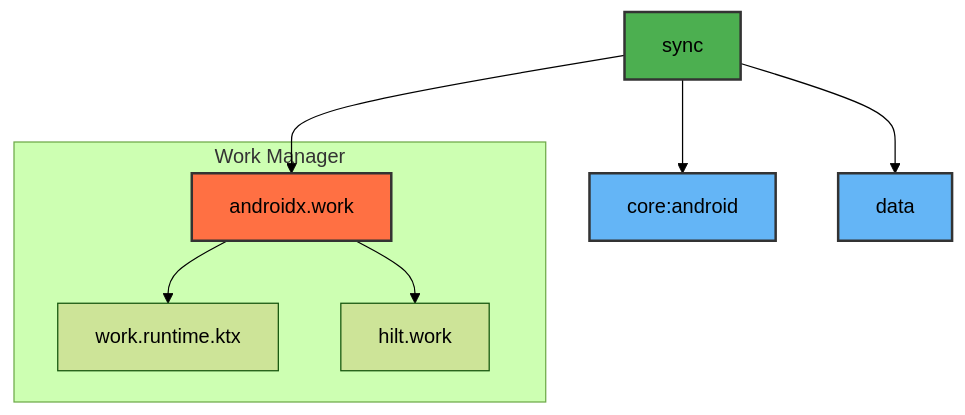
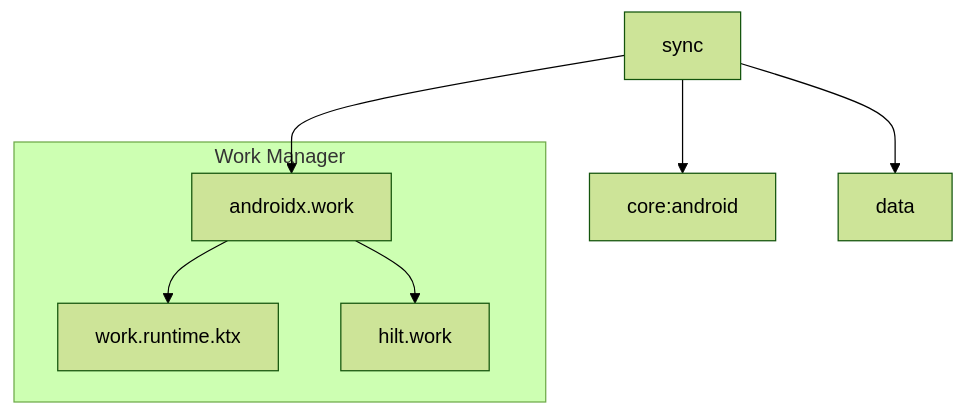
The diagram in sync/README.md (atick-faisal/Jetpack-Android-Starter), drawn with Mermaid (forest theme) before and after one commit. The commit also changed 31 other files, not shown here.

````diff
--- a/sync/README.md
+++ b/sync/README.md
@@ -17,19 +17,14 @@
 ```mermaid
 graph TD
     A[sync] --> B[core:android]
     A --> C[data]
     A --> D[androidx.work]
     D --> E[work.runtime.ktx]
     D --> F[hilt.work]
 
     subgraph "Work Manager"
         D
         E
         F
     end
-
-    style A fill: #4CAF50, stroke: #333, stroke-width: 2px
-    style B fill: #64B5F6, stroke: #333, stroke-width: 2px
-    style C fill: #64B5F6, stroke: #333, stroke-width: 2px
-    style D fill: #FF7043, stroke: #333, stroke-width: 2px
 ```
````
